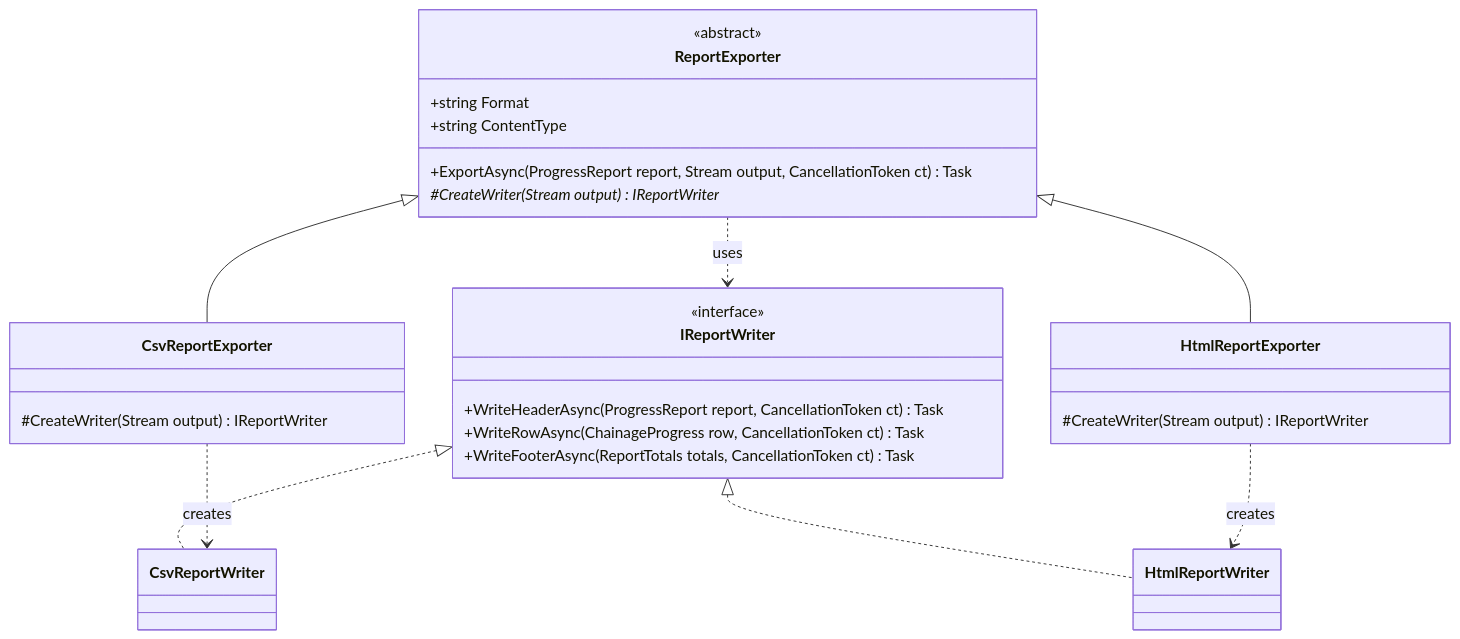
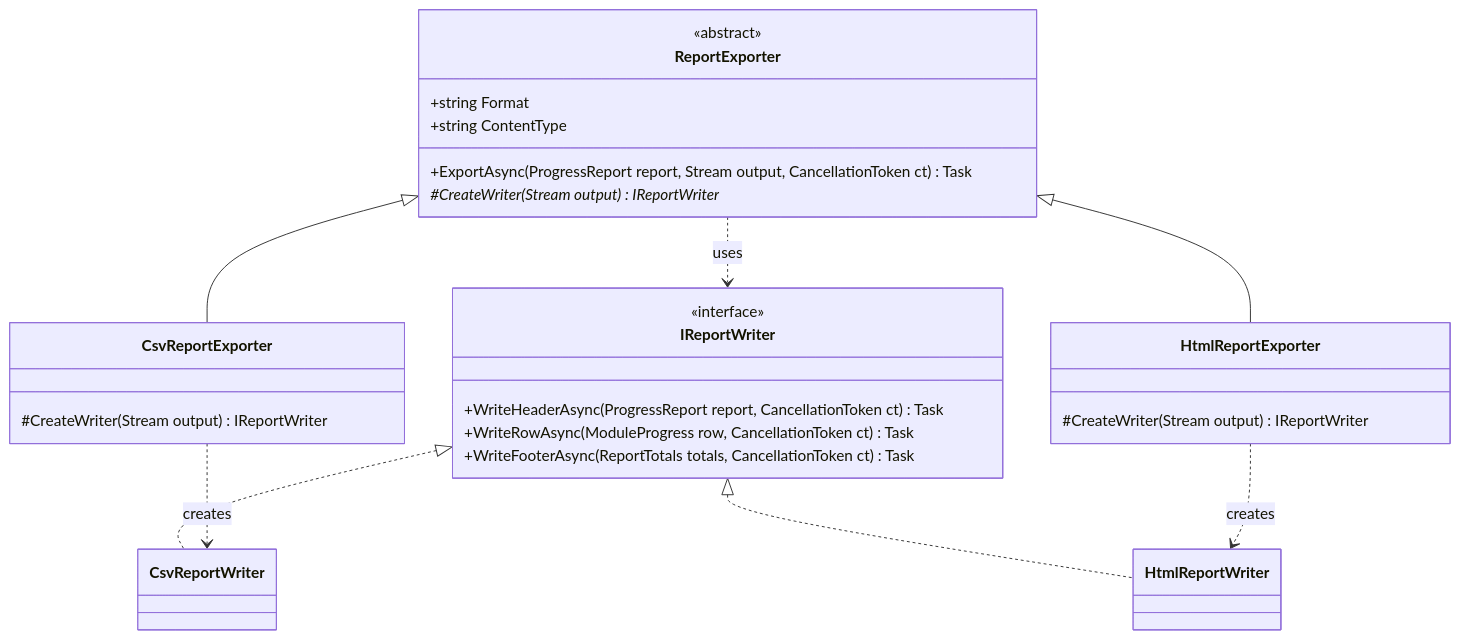
Before and after one commit to rizwi0786/system-design-lab: the first of 3 diagrams in content/lessons/m06/m06-factory-method.md, drawn with Mermaid. The commit also changed other lines of this file and 334 other files, not shown here.

````diff
--- a/content/lessons/m06/m06-factory-method.md
+++ b/content/lessons/m06/m06-factory-method.md
@@ -165,31 +165,31 @@
 ```mermaid
 classDiagram
     class ReportExporter {
         <<abstract>>
         +string Format
         +string ContentType
         +ExportAsync(ProgressReport report, Stream output, CancellationToken ct) Task
         #CreateWriter(Stream output) IReportWriter*
     }
     class CsvReportExporter {
         #CreateWriter(Stream output) IReportWriter
     }
     class HtmlReportExporter {
         #CreateWriter(Stream output) IReportWriter
     }
     class IReportWriter {
         <<interface>>
         +WriteHeaderAsync(ProgressReport report, CancellationToken ct) Task
-        +WriteRowAsync(ChainageProgress row, CancellationToken ct) Task
+        +WriteRowAsync(ModuleProgress row, CancellationToken ct) Task
         +WriteFooterAsync(ReportTotals totals, CancellationToken ct) Task
     }
     class CsvReportWriter
     class HtmlReportWriter
     ReportExporter <|-- CsvReportExporter
     ReportExporter <|-- HtmlReportExporter
     ReportExporter ..> IReportWriter : uses
     IReportWriter <|.. CsvReportWriter
     IReportWriter <|.. HtmlReportWriter
     CsvReportExporter ..> CsvReportWriter : creates
     HtmlReportExporter ..> HtmlReportWriter : creates
 ```
````
